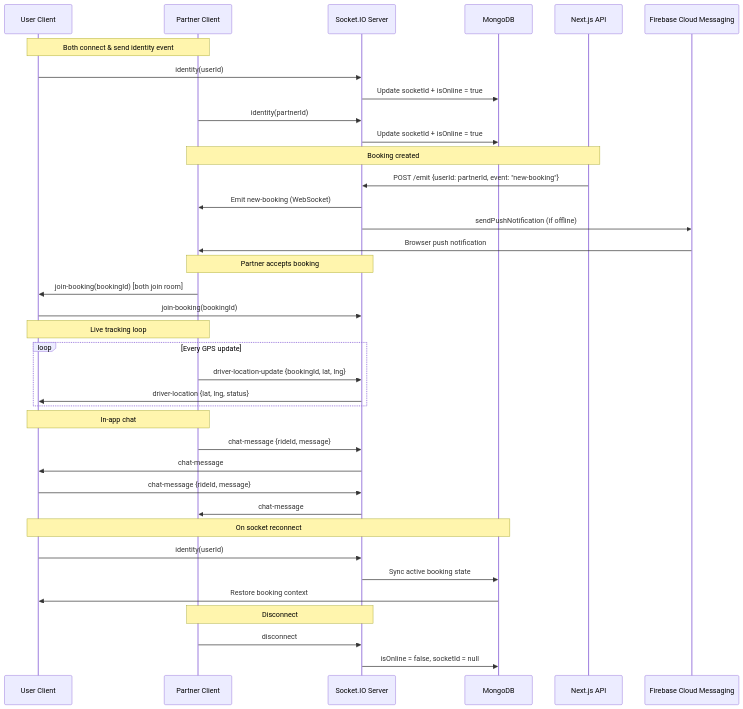
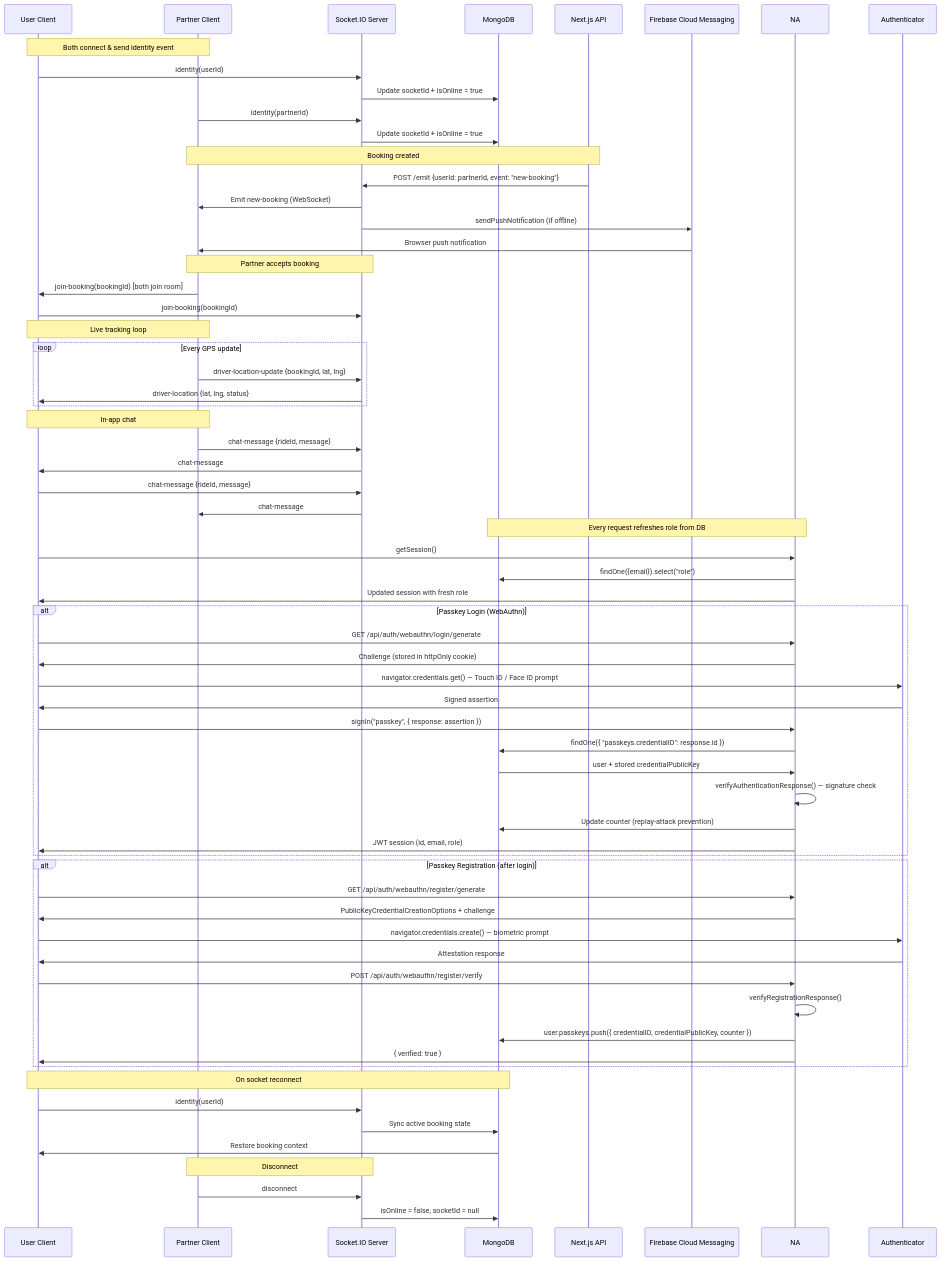
One commit to Zuhaib-dev/rydex changed the fifth of 6 diagrams in readme.md. Above: the diagram before and after it, drawn with Mermaid. The commit also changed other lines of this file and 2 other files, not shown here.

Commit message:
feat: implement biometric passkey authentication (WebAuthn) and update project documentation

````diff
--- a/readme.md
+++ b/readme.md
@@ -432,46 +439,75 @@
 ```mermaid
 sequenceDiagram
     participant U as User Client
     participant P as Partner Client
     participant IO as Socket.IO Server
     participant DB as MongoDB
     participant API as Next.js API
     participant FCM as Firebase Cloud Messaging
 
     Note over U, P: Both connect & send identity event
     U->>IO: identity(userId)
     IO->>DB: Update socketId + isOnline = true
     P->>IO: identity(partnerId)
     IO->>DB: Update socketId + isOnline = true
 
     Note over API, P: Booking created
     API->>IO: POST /emit {userId: partnerId, event: "new-booking"}
     IO->>P: Emit new-booking (WebSocket)
     IO->>FCM: sendPushNotification (if offline)
     FCM->>P: Browser push notification
 
     Note over P, IO: Partner accepts booking
     P->>U: join-booking(bookingId) [both join room]
     U->>IO: join-booking(bookingId)
 
     Note over P, U: Live tracking loop
     loop Every GPS update
         P->>IO: driver-location-update {bookingId, lat, lng}
         IO->>U: driver-location {lat, lng, status}
     end
 
     Note over P, U: In-app chat
     P->>IO: chat-message {rideId, message}
     IO->>U: chat-message
     U->>IO: chat-message {rideId, message}
     IO->>P: chat-message
 
+    Note over NA, DB: Every request refreshes role from DB
+    U->>NA: getSession()
+    NA->>DB: findOne({email}).select("role")
+    NA->>U: Updated session with fresh role
+
+    alt Passkey Login (WebAuthn)
+        U->>NA: GET /api/auth/webauthn/login/generate
+        NA->>U: Challenge (stored in httpOnly cookie)
+        U->>Authenticator: navigator.credentials.get() — Touch ID / Face ID prompt
+        Authenticator->>U: Signed assertion
+        U->>NA: signIn("passkey", { response: assertion })
+        NA->>DB: findOne({ "passkeys.credentialID": response.id })
+        DB->>NA: user + stored credentialPublicKey
+        NA->>NA: verifyAuthenticationResponse() — signature check
+        NA->>DB: Update counter (replay-attack prevention)
+        NA->>U: JWT session (id, email, role)
+    end
+
+    alt Passkey Registration (after login)
+        U->>NA: GET /api/auth/webauthn/register/generate
+        NA->>U: PublicKeyCredentialCreationOptions + challenge
+        U->>Authenticator: navigator.credentials.create() — biometric prompt
+        Authenticator->>U: Attestation response
+        U->>NA: POST /api/auth/webauthn/register/verify
+        NA->>NA: verifyRegistrationResponse()
+        NA->>DB: user.passkeys.push({ credentialID, credentialPublicKey, counter })
+        NA->>U: { verified: true }
+    end
+
     Note over U, DB: On socket reconnect
     U->>IO: identity(userId)
     IO->>DB: Sync active booking state
     DB->>U: Restore booking context
 
     Note over P, IO: Disconnect
     P->>IO: disconnect
     IO->>DB: isOnline = false, socketId = null
 ```
````
